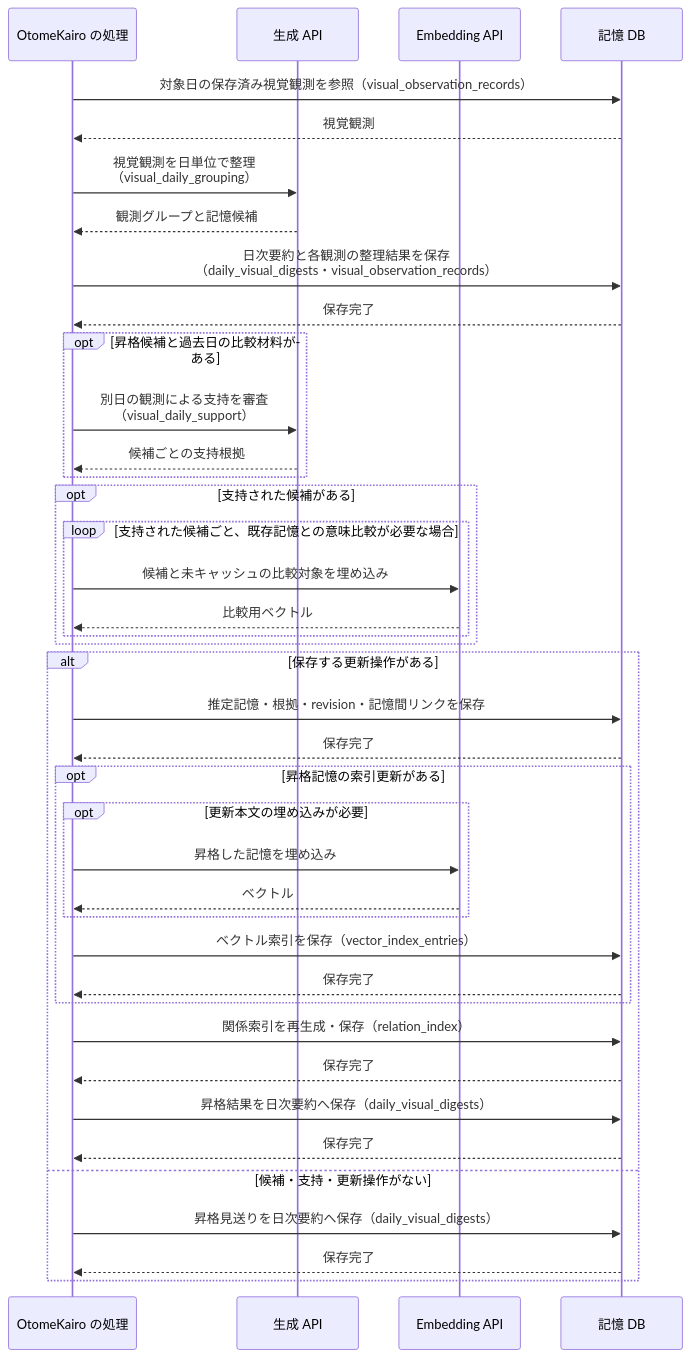
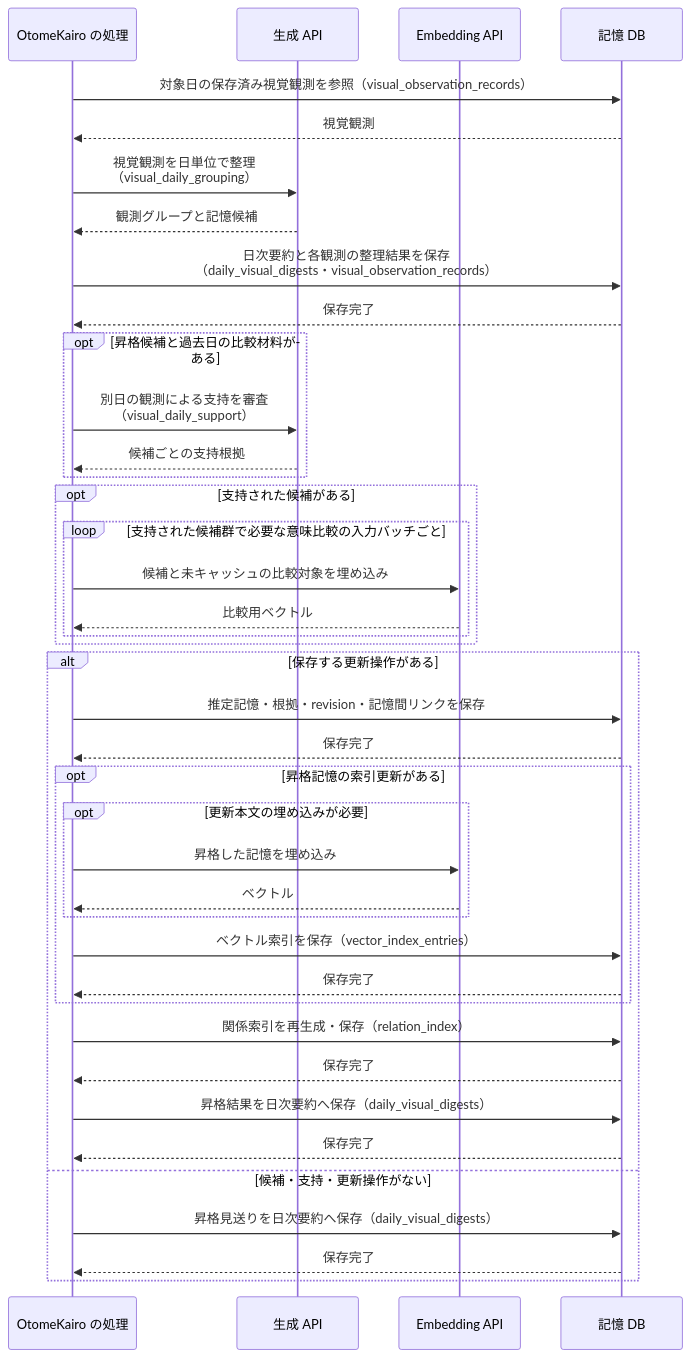
Before and after one commit to hirona98/OtomeKairo: the sixth of 7 diagrams in docs/design/llm/LLM呼び出しシーケンス.md, drawn with Mermaid. The commit also changed other lines of this file and 17 other files, not shown here.

````diff
--- a/docs/design/llm/LLM呼び出しシーケンス.md
+++ b/docs/design/llm/LLM呼び出しシーケンス.md
@@ -473,43 +474,43 @@
 ```mermaid
 sequenceDiagram
     participant C as OtomeKairo の処理
     participant L as 生成 API
     participant E as Embedding API
     participant D as 記憶 DB
 
     C->>D: 対象日の保存済み視覚観測を参照（visual_observation_records）
     D-->>C: 視覚観測
     C->>L: 視覚観測を日単位で整理<br>（visual_daily_grouping）
     L-->>C: 観測グループと記憶候補
     C->>D: 日次要約と各観測の整理結果を保存<br>（daily_visual_digests・visual_observation_records）
     D-->>C: 保存完了
     opt 昇格候補と過去日の比較材料がある
         C->>L: 別日の観測による支持を審査<br>（visual_daily_support）
         L-->>C: 候補ごとの支持根拠
     end
     opt 支持された候補がある
-        loop 支持された候補ごと、既存記憶との意味比較が必要な場合
+        loop 支持された候補群で必要な意味比較の入力バッチごと
             C->>E: 候補と未キャッシュの比較対象を埋め込み
             E-->>C: 比較用ベクトル
         end
     end
     alt 保存する更新操作がある
         C->>D: 推定記憶・根拠・revision・記憶間リンクを保存
         D-->>C: 保存完了
         opt 昇格記憶の索引更新がある
             opt 更新本文の埋め込みが必要
                 C->>E: 昇格した記憶を埋め込み
                 E-->>C: ベクトル
             end
             C->>D: ベクトル索引を保存（vector_index_entries）
             D-->>C: 保存完了
         end
         C->>D: 関係索引を再生成・保存（relation_index）
         D-->>C: 保存完了
         C->>D: 昇格結果を日次要約へ保存（daily_visual_digests）
         D-->>C: 保存完了
     else 候補・支持・更新操作がない
         C->>D: 昇格見送りを日次要約へ保存（daily_visual_digests）
         D-->>C: 保存完了
     end
 ```
````
